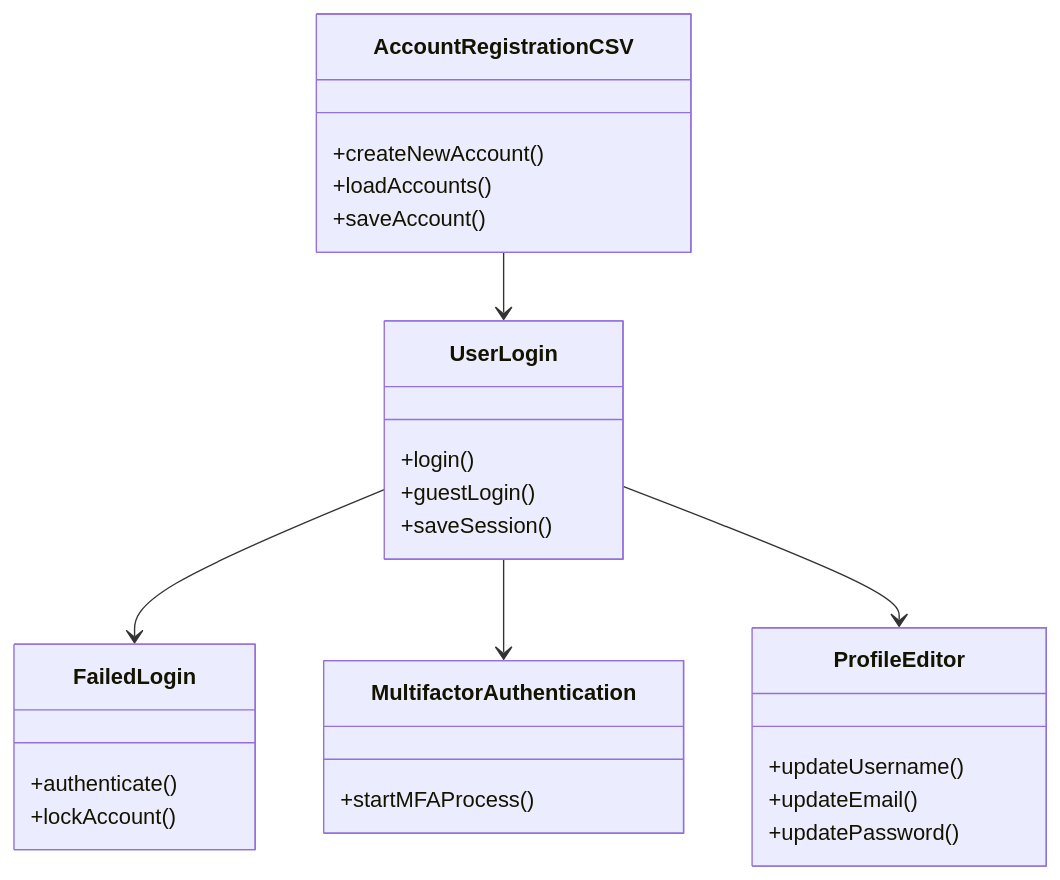
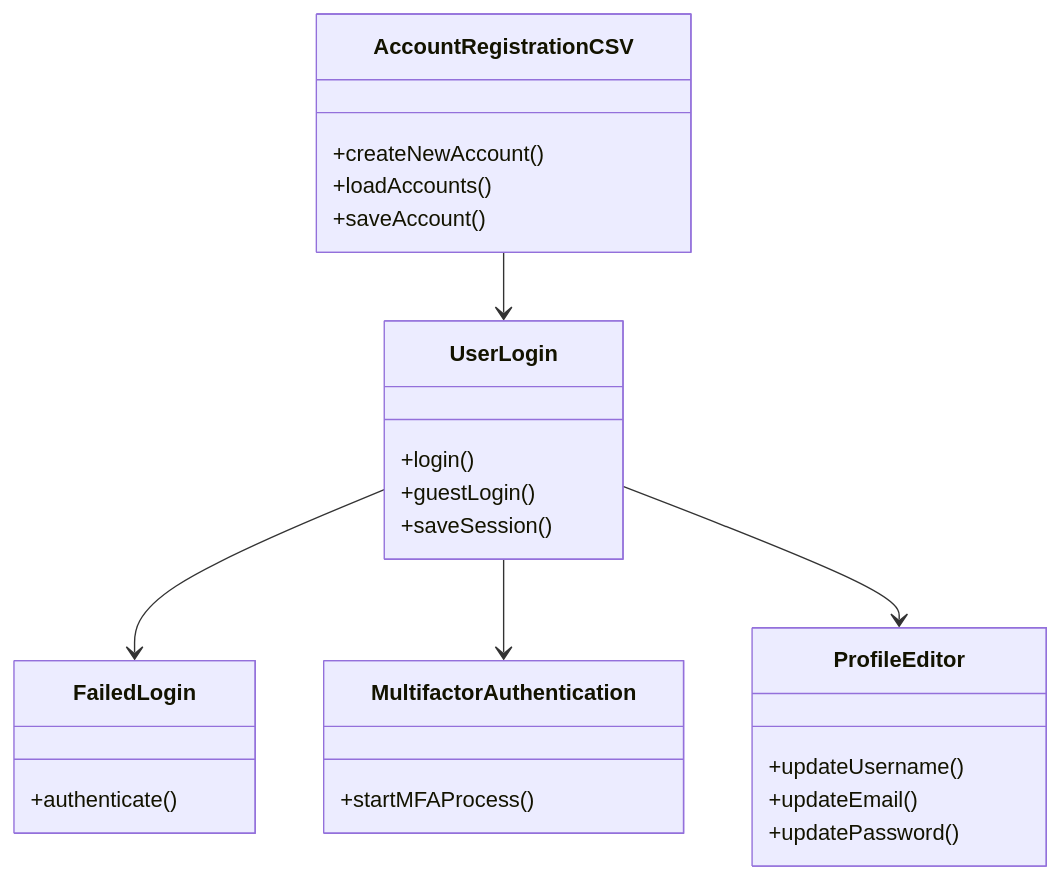
Before and after one commit to kelsierfin/BasicGamingPlatform: the second of 2 diagrams in src documentation/authentication/Authentication_system_design.md, drawn with Mermaid. The commit also changed other lines of this file, not shown here.

Commit message:
Removed locked account functionality

````diff
--- a/src documentation/authentication/Authentication_system_design.md
+++ b/src documentation/authentication/Authentication_system_design.md
@@ -32,34 +32,33 @@
 ```mermaid
 classDiagram
     class AccountRegistrationCSV {
         +createNewAccount()
         +loadAccounts()
         +saveAccount()
     }
     
     class UserLogin {
         +login()
         +guestLogin()
         +saveSession()
     }
     
     class FailedLogin {
         +authenticate()
-        +lockAccount()
     }
     
     class MultifactorAuthentication {
         +startMFAProcess()
     }
     
     class ProfileEditor {
         +updateUsername()
         +updateEmail()
         +updatePassword()
     }
     
     AccountRegistrationCSV --> UserLogin
     UserLogin --> FailedLogin
     UserLogin --> MultifactorAuthentication
     UserLogin --> ProfileEditor
 ```
````
